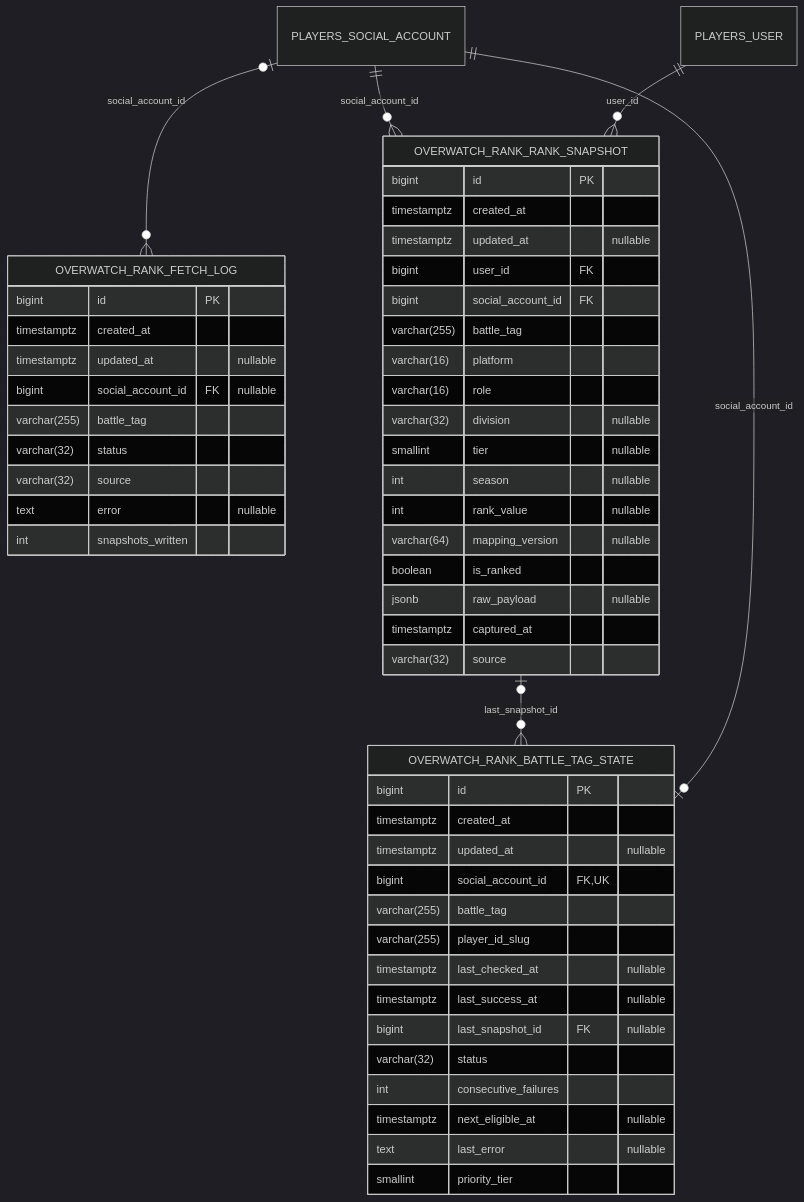
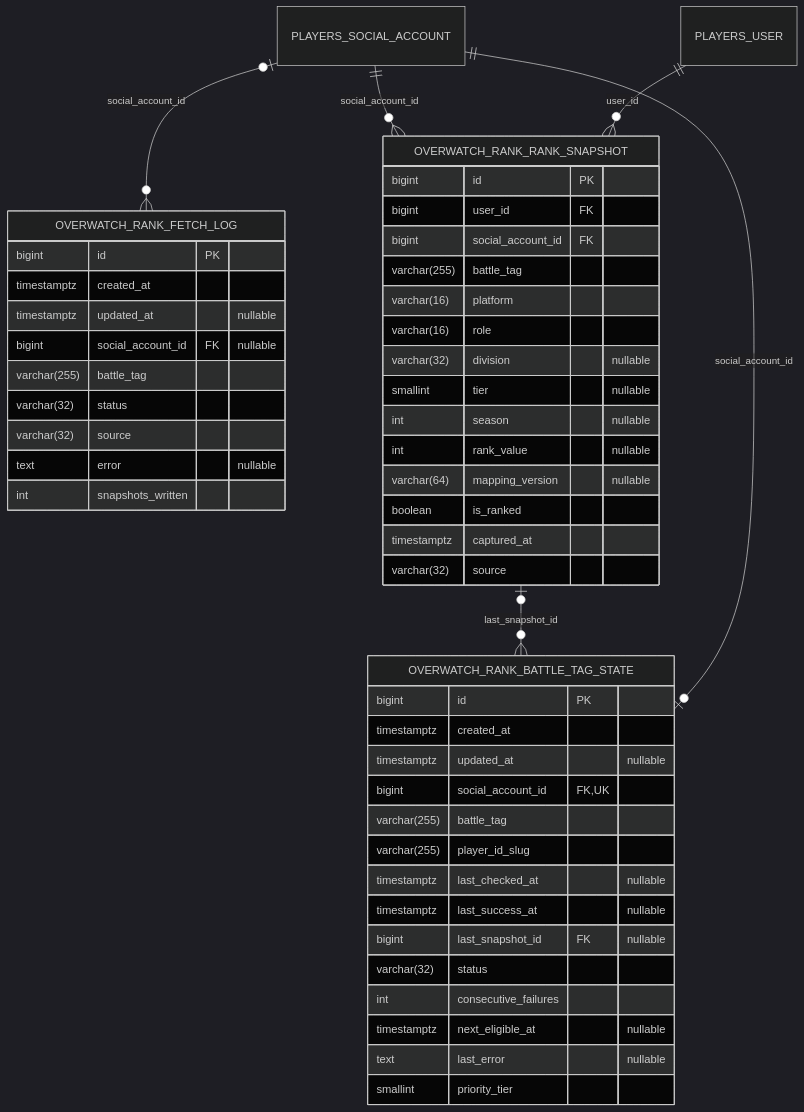
The seventh of 19 diagrams in docs/database_erd.md (CraazzzyyFoxx/overwatch-tournaments), drawn with Mermaid (dark theme) before and after one commit. The commit also changed other lines of this file and 20 other files, not shown here.

````diff
--- a/docs/database_erd.md
+++ b/docs/database_erd.md
@@ -719,55 +719,52 @@
 ```mermaid
 erDiagram
     OVERWATCH_RANK_BATTLE_TAG_STATE {
         bigint id PK
         timestamptz created_at
         timestamptz updated_at "nullable"
         bigint social_account_id FK,UK
         varchar(255) battle_tag
         varchar(255) player_id_slug
         timestamptz last_checked_at "nullable"
         timestamptz last_success_at "nullable"
         bigint last_snapshot_id FK "nullable"
         varchar(32) status
         int consecutive_failures
         timestamptz next_eligible_at "nullable"
         text last_error "nullable"
         smallint priority_tier
     }
     OVERWATCH_RANK_FETCH_LOG {
         bigint id PK
         timestamptz created_at
         timestamptz updated_at "nullable"
         bigint social_account_id FK "nullable"
         varchar(255) battle_tag
         varchar(32) status
         varchar(32) source
         text error "nullable"
         int snapshots_written
     }
     OVERWATCH_RANK_RANK_SNAPSHOT {
         bigint id PK
-        timestamptz created_at
-        timestamptz updated_at "nullable"
         bigint user_id FK
         bigint social_account_id FK
         varchar(255) battle_tag
         varchar(16) platform
         varchar(16) role
         varchar(32) division "nullable"
         smallint tier "nullable"
         int season "nullable"
         int rank_value "nullable"
         varchar(64) mapping_version "nullable"
         boolean is_ranked
-        jsonb raw_payload "nullable"
         timestamptz captured_at
         varchar(32) source
     }
 
     OVERWATCH_RANK_RANK_SNAPSHOT |o--o{ OVERWATCH_RANK_BATTLE_TAG_STATE : "last_snapshot_id"
     PLAYERS_SOCIAL_ACCOUNT |o--o{ OVERWATCH_RANK_FETCH_LOG : "social_account_id"
     PLAYERS_SOCIAL_ACCOUNT ||--o{ OVERWATCH_RANK_RANK_SNAPSHOT : "social_account_id"
     PLAYERS_SOCIAL_ACCOUNT ||--o| OVERWATCH_RANK_BATTLE_TAG_STATE : "social_account_id"
     PLAYERS_USER ||--o{ OVERWATCH_RANK_RANK_SNAPSHOT : "user_id"
 ```
````
